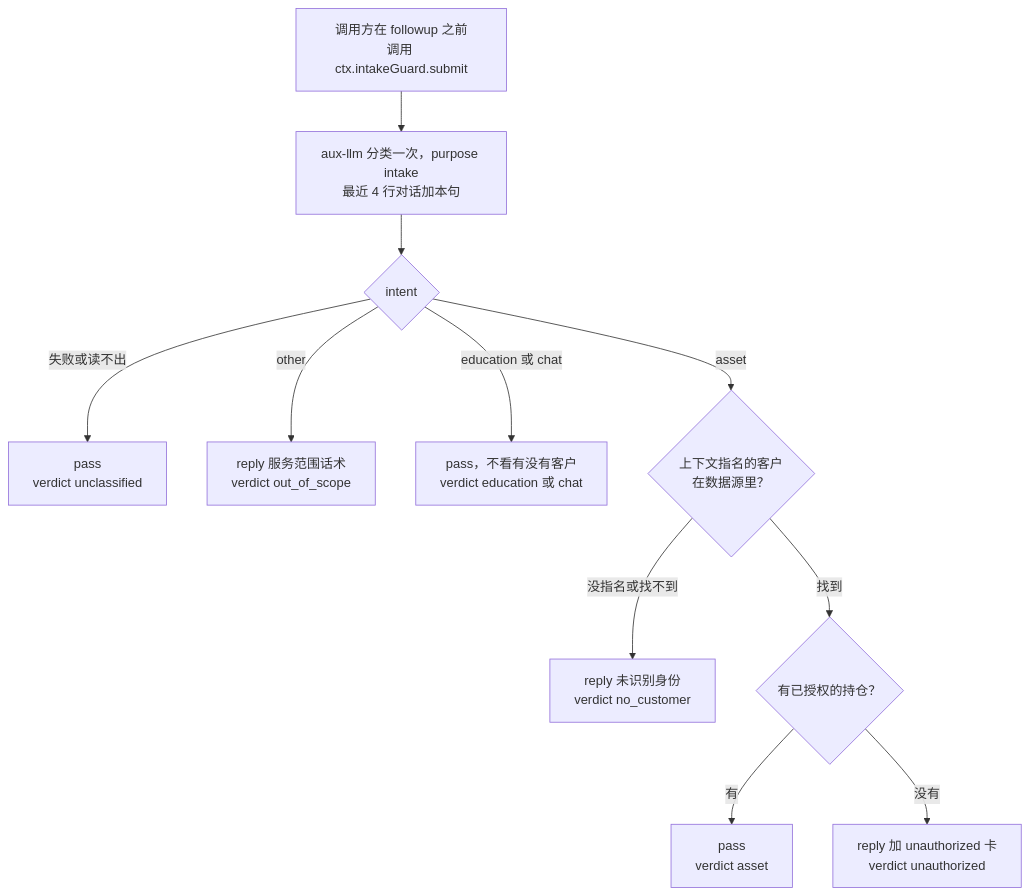
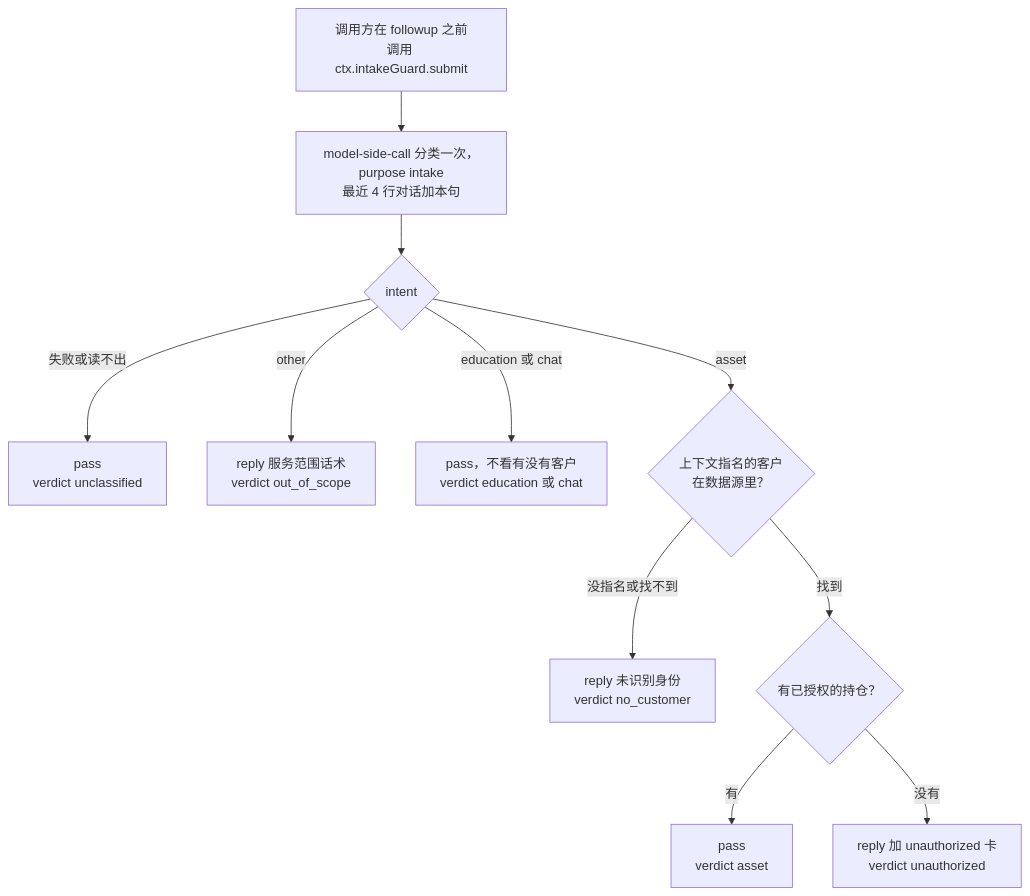
The first of 3 diagrams in docs/04-reference-alignment.md (lyteboat/lyteboat), drawn with Mermaid before and after one commit. The commit also changed other lines of this file and 78 other files, not shown here.

````diff
--- a/docs/04-reference-alignment.md
+++ b/docs/04-reference-alignment.md
@@ -610,13 +611,13 @@
 ```mermaid
 flowchart TB
-  A["调用方在 followup 之前<br/>调用 ctx.intakeGuard.submit"] --> G["aux-llm 分类一次，purpose intake<br/>最近 4 行对话加本句"]
+  A["调用方在 followup 之前<br/>调用 ctx.intakeGuard.submit"] --> G["model-side-call 分类一次，purpose intake<br/>最近 4 行对话加本句"]
   G --> I{"intent"}
   I -->|"失败或读不出"| P1["pass<br/>verdict unclassified"]
   I -->|"other"| O["reply 服务范围话术<br/>verdict out_of_scope"]
   I -->|"education 或 chat"| P2["pass，不看有没有客户<br/>verdict education 或 chat"]
   I -->|"asset"| B{"上下文指名的客户<br/>在数据源里？"}
   B -->|"没指名或找不到"| N["reply 未识别身份<br/>verdict no_customer"]
   B -->|"找到"| U{"有已授权的持仓？"}
   U -->|"有"| P3["pass<br/>verdict asset"]
   U -->|"没有"| R["reply 加 unauthorized 卡<br/>verdict unauthorized"]
 ```
````
